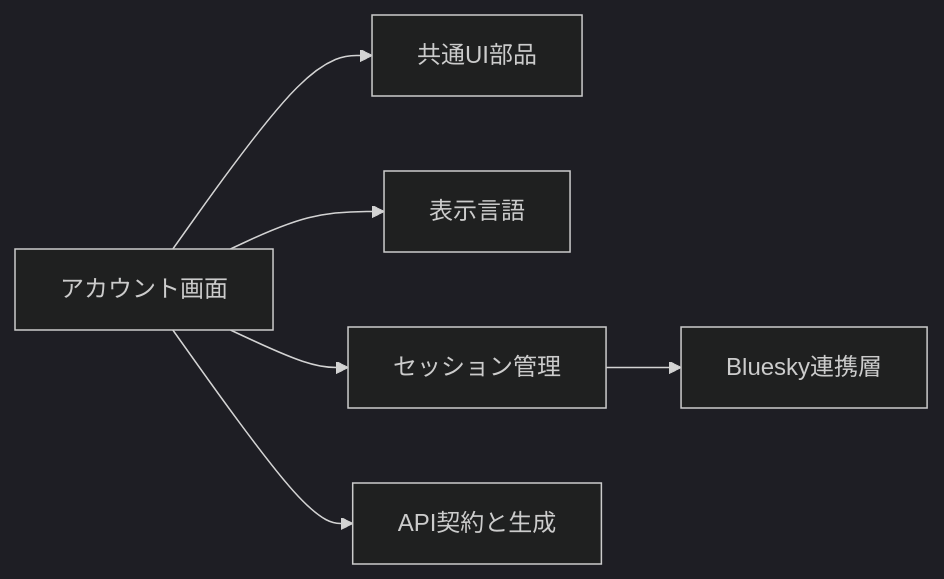
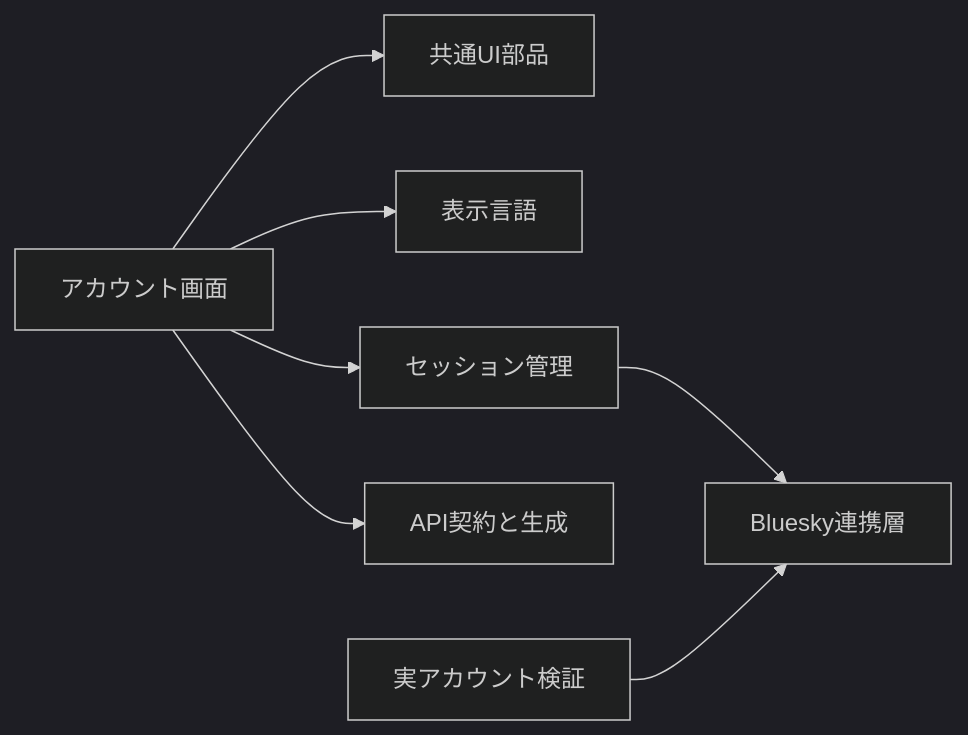
Before and after one commit to nekono-dev/skyshare: the first of 4 diagrams in docs/architecture/account-api.md, drawn with Mermaid (dark theme). The commit also changed other lines of this file and 7 other files, not shown here.

First line of the commit message:
developの変更に合わせてspecと図を整合させ、creator関連の記述を除外する

````diff
--- a/docs/architecture/account-api.md
+++ b/docs/architecture/account-api.md
@@ -27,8 +28,9 @@
 ```mermaid
 flowchart LR
   account["アカウント画面"] --> ui["共通UI部品"]
   account --> i18n["表示言語"]
   account --> session["セッション管理"]
   account --> contract["API契約と生成"]
   session --> atproto["Bluesky連携層"]
+  live["実アカウント検証"] --> atproto
 ```
````
